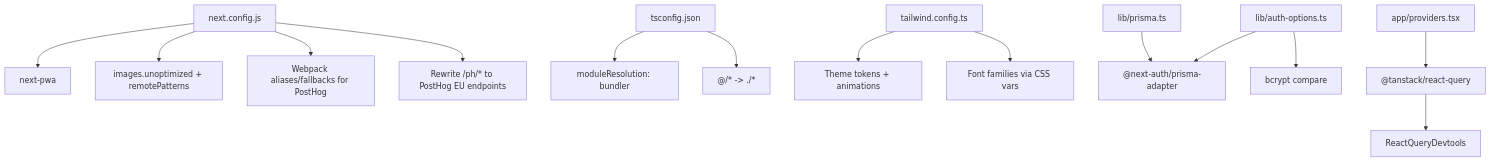
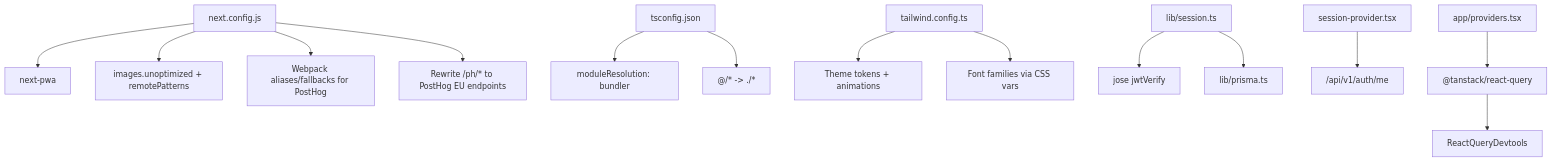
The tenth of 10 diagrams in src/data/docs/talentsync/Architecture Overview/Frontend Architecture.md (tashifkhan/tashif.codes), drawn with Mermaid before and after one commit. The commit also changed other lines of this file and 2128 other files, not shown here.

First line of the commit message:
docs: replace raster diagram images with native Mermaid across project guides

````diff
--- a/src/data/docs/talentsync/Architecture Overview/Frontend Architecture.md
+++ b/src/data/docs/talentsync/Architecture Overview/Frontend Architecture.md
@@ -215,16 +202,16 @@
 ```mermaid
 graph TB
 NQ["next.config.js"] --> PWA["next-pwa"]
 NQ --> Images["images.unoptimized + remotePatterns"]
 NQ --> WebpackFix["Webpack aliases/fallbacks for PostHog"]
 NQ --> Rewrites["Rewrite /ph/* to PostHog EU endpoints"]
 TS["tsconfig.json"] --> Bundler["moduleResolution: bundler"]
 TS --> Paths["@/* -> ./*"]
 TW["tailwind.config.ts"] --> Tokens["Theme tokens + animations"]
 TW --> Fonts["Font families via CSS vars"]
-NA["lib/auth-options.ts"] --> NA_DB["@next-auth/prisma-adapter"]
-NA --> BCrypt["bcrypt compare"]
-PRISMA["lib/prisma.ts"] --> NA_DB
+SESS["lib/session.ts"] --> JOSE["jose jwtVerify"]
+SESS --> PRISMA["lib/prisma.ts"]
+SP["session-provider.tsx"] --> ME["/api/v1/auth/me"]
 QC["app/providers.tsx"] --> RQ["@tanstack/react-query"]
 RQ --> Devtools["ReactQueryDevtools"]
 ```
````
